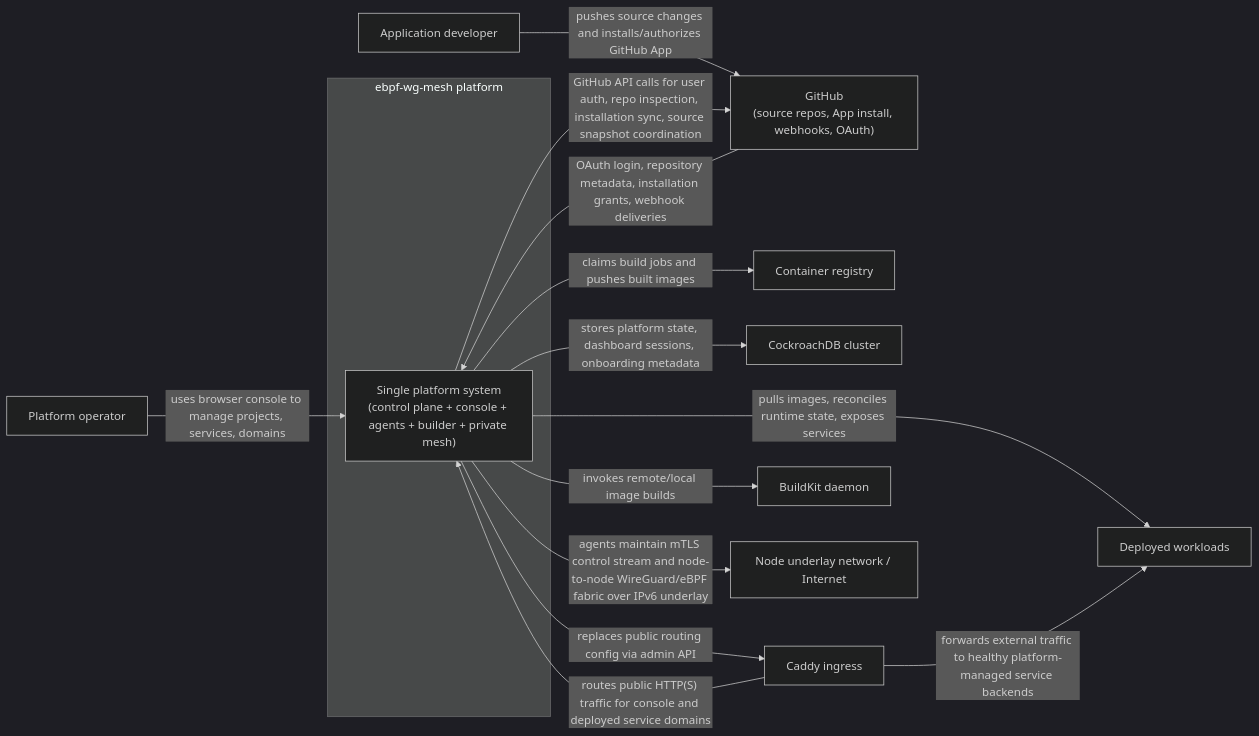
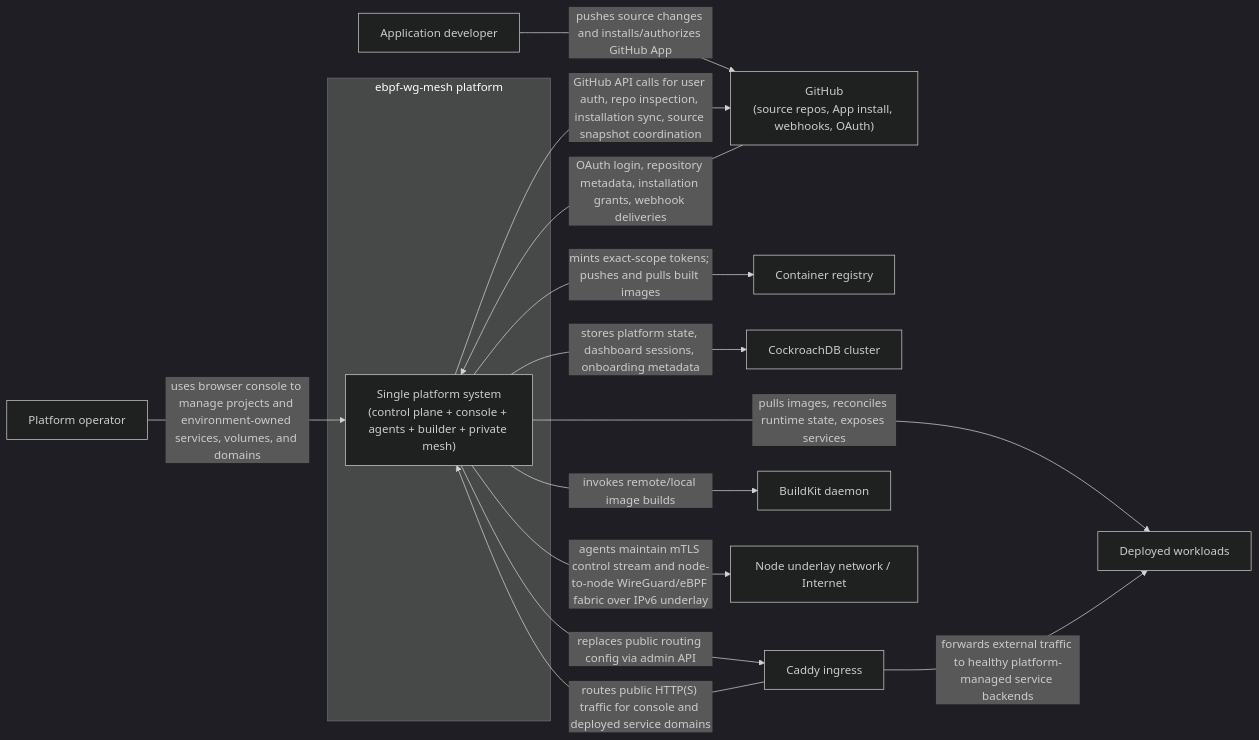
One commit to jklq/ebpf-wg-mesh changed the diagram in docs/c4-system-context.md. Above: the diagram before and after it, drawn with Mermaid (dark theme). The commit also changed other lines of this file and 23 other files, not shown here.

First line of the commit message:
feat(api): regen protobuf and migrate schemas

````diff
--- a/docs/c4-system-context.md
+++ b/docs/c4-system-context.md
@@ -10,29 +10,29 @@
 ```mermaid
 flowchart LR
     operator["Platform operator"]
     developer["Application developer"]
     github["GitHub\n(source repos, App install, webhooks, OAuth)"]
     registry["Container registry"]
     cockroach["CockroachDB cluster"]
     caddy["Caddy ingress"]
     buildkit["BuildKit daemon"]
     underlay["Node underlay network / Internet"]
     workloads["Deployed workloads"]
 
     subgraph system["ebpf-wg-mesh platform"]
         platform["Single platform system\n(control plane + console + agents + builder + private mesh)"]
     end
 
-    operator -->|"uses browser console to manage projects, services, domains"| platform
+    operator -->|"uses browser console to manage projects and environment-owned services, volumes, and domains"| platform
     developer -->|"pushes source changes and installs/authorizes GitHub App"| github
     github -->|"OAuth login, repository metadata, installation grants, webhook deliveries"| platform
     platform -->|"GitHub API calls for user auth, repo inspection, installation sync, source snapshot coordination"| github
     platform -->|"stores platform state, dashboard sessions, onboarding metadata"| cockroach
     platform -->|"replaces public routing config via admin API"| caddy
     caddy -->|"routes public HTTP(S) traffic for console and deployed service domains"| platform
-    platform -->|"claims build jobs and pushes built images"| registry
+    platform -->|"mints exact-scope tokens; pushes and pulls built images"| registry
     platform -->|"invokes remote/local image builds"| buildkit
     platform -->|"agents maintain mTLS control stream and node-to-node WireGuard/eBPF fabric over IPv6 underlay"| underlay
     platform -->|"pulls images, reconciles runtime state, exposes services"| workloads
     caddy -->|"forwards external traffic to healthy platform-managed service backends"| workloads
 ```
````
